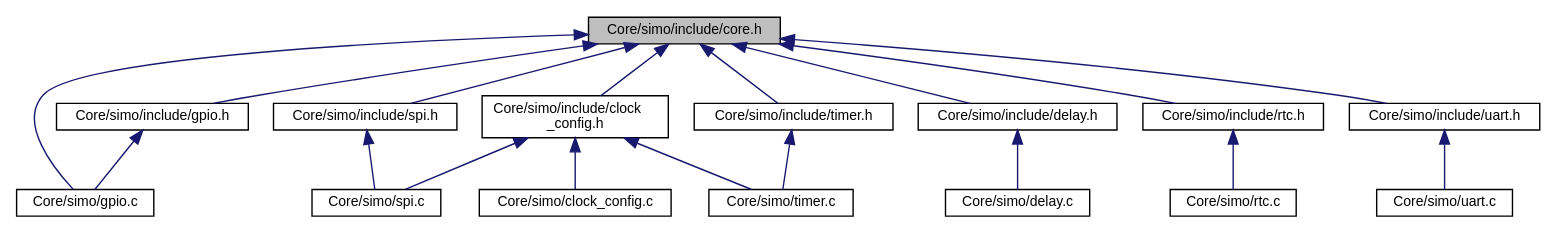
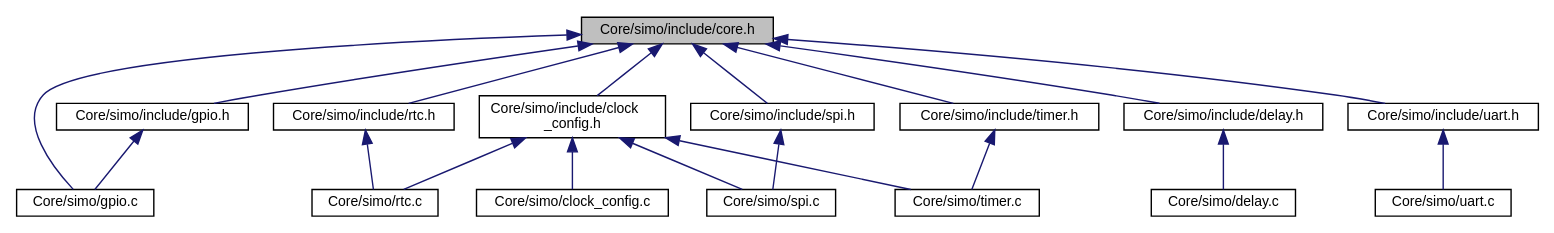
Before and after one commit to Germanvelardez2018/SIMO-STM32-framework: the diagram in docs/core_8h__dep__incl.dot, drawn with Graphviz. The commit also changed 46 other files, not shown here.

```diff
--- a/docs/core_8h__dep__incl.dot
+++ b/docs/core_8h__dep__incl.dot
@@ -1,38 +1,39 @@
 digraph "Core/simo/include/core.h"
 {
  // LATEX_PDF_SIZE
   edge [fontname="Helvetica",fontsize="10",labelfontname="Helvetica",labelfontsize="10"];
   node [fontname="Helvetica",fontsize="10",shape=record];
   Node1 [label="Core/simo/include/core.h",height=0.2,width=0.4,color="black", fillcolor="grey75", style="filled", fontcolor="black",tooltip=" "];
   Node1 -> Node2 [dir="back",color="midnightblue",fontsize="10",style="solid",fontname="Helvetica"];
   Node2 [label="Core/simo/gpio.c",height=0.2,width=0.4,color="black", fillcolor="white", style="filled",URL="$gpio_8c.html",tooltip=" "];
   Node1 -> Node3 [dir="back",color="midnightblue",fontsize="10",style="solid",fontname="Helvetica"];
   Node3 [label="Core/simo/include/clock\l_config.h",height=0.2,width=0.4,color="black", fillcolor="white", style="filled",URL="$clock__config_8h.html",tooltip=" "];
   Node3 -> Node4 [dir="back",color="midnightblue",fontsize="10",style="solid",fontname="Helvetica"];
   Node4 [label="Core/simo/clock_config.c",height=0.2,width=0.4,color="black", fillcolor="white", style="filled",URL="$clock__config_8c.html",tooltip=" "];
   Node3 -> Node5 [dir="back",color="midnightblue",fontsize="10",style="solid",fontname="Helvetica"];
-  Node5 [label="Core/simo/spi.c",height=0.2,width=0.4,color="black", fillcolor="white", style="filled",URL="$spi_8c.html",tooltip="Driver para abstraer el hardware SPI."];
+  Node5 [label="Core/simo/rtc.c",height=0.2,width=0.4,color="black", fillcolor="white", style="filled",URL="$rtc_8c.html",tooltip=" "];
   Node3 -> Node6 [dir="back",color="midnightblue",fontsize="10",style="solid",fontname="Helvetica"];
-  Node6 [label="Core/simo/timer.c",height=0.2,width=0.4,color="black", fillcolor="white", style="filled",URL="$timer_8c.html",tooltip=" "];
-  Node1 -> Node7 [dir="back",color="midnightblue",fontsize="10",style="solid",fontname="Helvetica"];
-  Node7 [label="Core/simo/include/delay.h",height=0.2,width=0.4,color="black", fillcolor="white", style="filled",URL="$delay_8h.html",tooltip="Abstraccion de funcion delay bloqueante."];
-  Node7 -> Node8 [dir="back",color="midnightblue",fontsize="10",style="solid",fontname="Helvetica"];
-  Node8 [label="Core/simo/delay.c",height=0.2,width=0.4,color="black", fillcolor="white", style="filled",URL="$delay_8c.html",tooltip=" "];
-  Node1 -> Node9 [dir="back",color="midnightblue",fontsize="10",style="solid",fontname="Helvetica"];
-  Node9 [label="Core/simo/include/gpio.h",height=0.2,width=0.4,color="black", fillcolor="white", style="filled",URL="$gpio_8h.html",tooltip="Driver para abstraer el hardware GPIO del microcontrolador."];
-  Node9 -> Node2 [dir="back",color="midnightblue",fontsize="10",style="solid",fontname="Helvetica"];
+  Node6 [label="Core/simo/spi.c",height=0.2,width=0.4,color="black", fillcolor="white", style="filled",URL="$spi_8c.html",tooltip="Driver para abstraer el hardware SPI."];
+  Node3 -> Node7 [dir="back",color="midnightblue",fontsize="10",style="solid",fontname="Helvetica"];
+  Node7 [label="Core/simo/timer.c",height=0.2,width=0.4,color="black", fillcolor="white", style="filled",URL="$timer_8c.html",tooltip=" "];
+  Node1 -> Node8 [dir="back",color="midnightblue",fontsize="10",style="solid",fontname="Helvetica"];
+  Node8 [label="Core/simo/include/delay.h",height=0.2,width=0.4,color="black", fillcolor="white", style="filled",URL="$delay_8h.html",tooltip="Abstraccion de funcion delay bloqueante."];
+  Node8 -> Node9 [dir="back",color="midnightblue",fontsize="10",style="solid",fontname="Helvetica"];
+  Node9 [label="Core/simo/delay.c",height=0.2,width=0.4,color="black", fillcolor="white", style="filled",URL="$delay_8c.html",tooltip=" "];
   Node1 -> Node10 [dir="back",color="midnightblue",fontsize="10",style="solid",fontname="Helvetica"];
-  Node10 [label="Core/simo/include/rtc.h",height=0.2,width=0.4,color="black", fillcolor="white", style="filled",URL="$rtc_8h.html",tooltip="Abstracion para utilizar el hardware RTC."];
-  Node10 -> Node11 [dir="back",color="midnightblue",fontsize="10",style="solid",fontname="Helvetica"];
-  Node11 [label="Core/simo/rtc.c",height=0.2,width=0.4,color="black", fillcolor="white", style="filled",URL="$rtc_8c.html",tooltip=" "];
+  Node10 [label="Core/simo/include/gpio.h",height=0.2,width=0.4,color="black", fillcolor="white", style="filled",URL="$gpio_8h.html",tooltip="Driver para abstraer el hardware GPIO del microcontrolador."];
+  Node10 -> Node2 [dir="back",color="midnightblue",fontsize="10",style="solid",fontname="Helvetica"];
+  Node1 -> Node11 [dir="back",color="midnightblue",fontsize="10",style="solid",fontname="Helvetica"];
+  Node11 [label="Core/simo/include/rtc.h",height=0.2,width=0.4,color="black", fillcolor="white", style="filled",URL="$rtc_8h.html",tooltip="Abstracion para utilizar el hardware RTC."];
+  Node11 -> Node5 [dir="back",color="midnightblue",fontsize="10",style="solid",fontname="Helvetica"];
   Node1 -> Node12 [dir="back",color="midnightblue",fontsize="10",style="solid",fontname="Helvetica"];
   Node12 [label="Core/simo/include/spi.h",height=0.2,width=0.4,color="black", fillcolor="white", style="filled",URL="$spi_8h.html",tooltip="Driver para abstraer hardware SPI."];
-  Node12 -> Node5 [dir="back",color="midnightblue",fontsize="10",style="solid",fontname="Helvetica"];
+  Node12 -> Node6 [dir="back",color="midnightblue",fontsize="10",style="solid",fontname="Helvetica"];
   Node1 -> Node13 [dir="back",color="midnightblue",fontsize="10",style="solid",fontname="Helvetica"];
   Node13 [label="Core/simo/include/timer.h",height=0.2,width=0.4,color="black", fillcolor="white", style="filled",URL="$timer_8h.html",tooltip="Driver para abstraer el hardware timer."];
-  Node13 -> Node6 [dir="back",color="midnightblue",fontsize="10",style="solid",fontname="Helvetica"];
+  Node13 -> Node7 [dir="back",color="midnightblue",fontsize="10",style="solid",fontname="Helvetica"];
   Node1 -> Node14 [dir="back",color="midnightblue",fontsize="10",style="solid",fontname="Helvetica"];
   Node14 [label="Core/simo/include/uart.h",height=0.2,width=0.4,color="black", fillcolor="white", style="filled",URL="$uart_8h.html",tooltip="Driver para abstraer el hardware UART."];
   Node14 -> Node15 [dir="back",color="midnightblue",fontsize="10",style="solid",fontname="Helvetica"];
   Node15 [label="Core/simo/uart.c",height=0.2,width=0.4,color="black", fillcolor="white", style="filled",URL="$uart_8c.html",tooltip=" "];
 }
```
